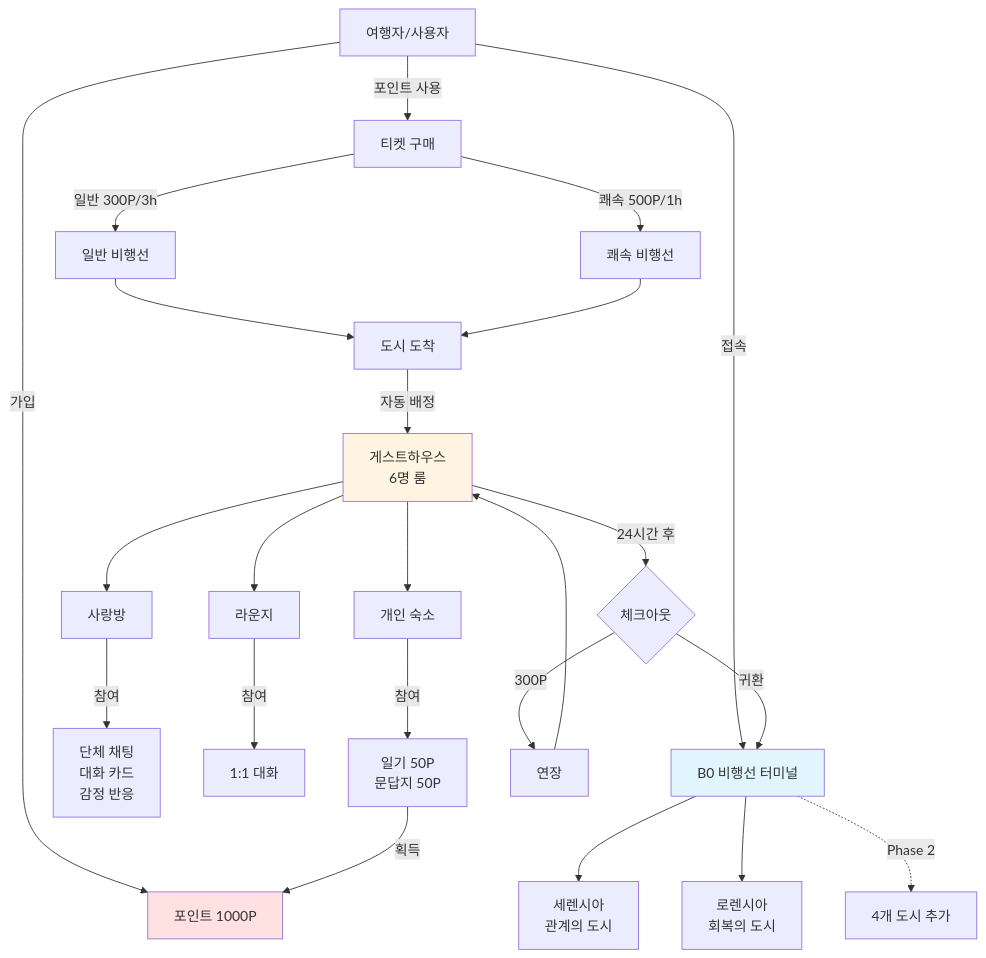
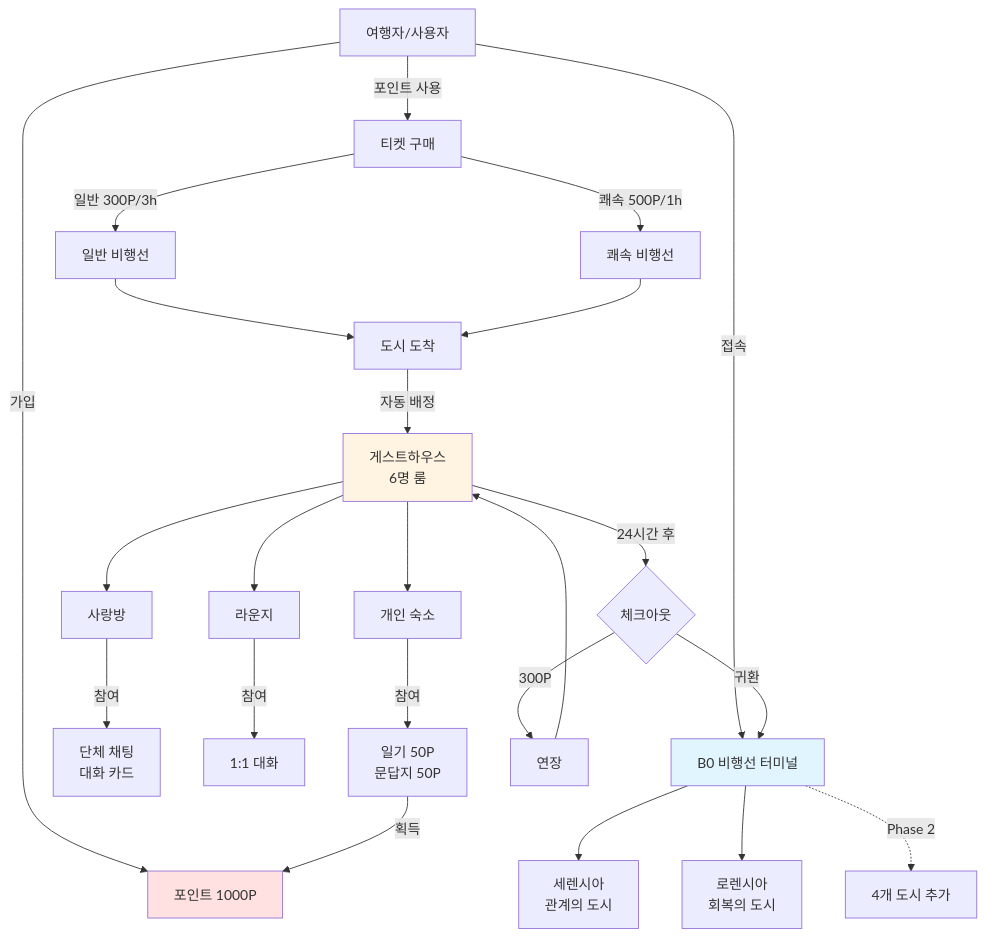
The first of 3 diagrams in docs/01-mvp.md (yuiyeong/bzero), drawn with Mermaid before and after one commit. The commit also changed other lines of this file, not shown here.

````diff
--- a/docs/01-mvp.md
+++ b/docs/01-mvp.md
@@ -14,28 +14,28 @@
 ```mermaid
 graph TB
     User[여행자/사용자] -->|가입| Points[포인트 1000P]
     User -->|접속| B0[B0 비행선 터미널]
     B0 --> City1[세렌시아<br/>관계의 도시]
     B0 --> City2[로렌시아<br/>회복의 도시]
     B0 -.->|Phase 2| City3[4개 도시 추가]
     User -->|포인트 사용| Ticket[티켓 구매]
     Ticket -->|일반 300P/3h| AirshipA[일반 비행선]
     Ticket -->|쾌속 500P/1h| AirshipB[쾌속 비행선]
     AirshipA --> Arrive[도시 도착]
     AirshipB --> Arrive
     Arrive -->|자동 배정| GH[게스트하우스<br/>6명 룸]
     GH --> Space1[사랑방]
     GH --> Space2[라운지]
     GH --> Space3[개인 숙소]
-    Space1 -->|참여| Activity1[단체 채팅<br/>대화 카드<br/>감정 반응]
+    Space1 -->|참여| Activity1[단체 채팅<br/>대화 카드]
     Space2 -->|참여| Activity2[1:1 대화]
     Space3 -->|참여| Activity3[일기 50P<br/>문답지 50P]
     Activity3 -->|획득| Points
     GH -->|24시간 후| Checkout{체크아웃}
     Checkout -->|300P| Extend[연장]
     Checkout -->|귀환| B0
     Extend --> GH
     style B0 fill: #e1f5ff
     style GH fill: #fff4e1
     style Points fill: #ffe1e1
 ```
````
